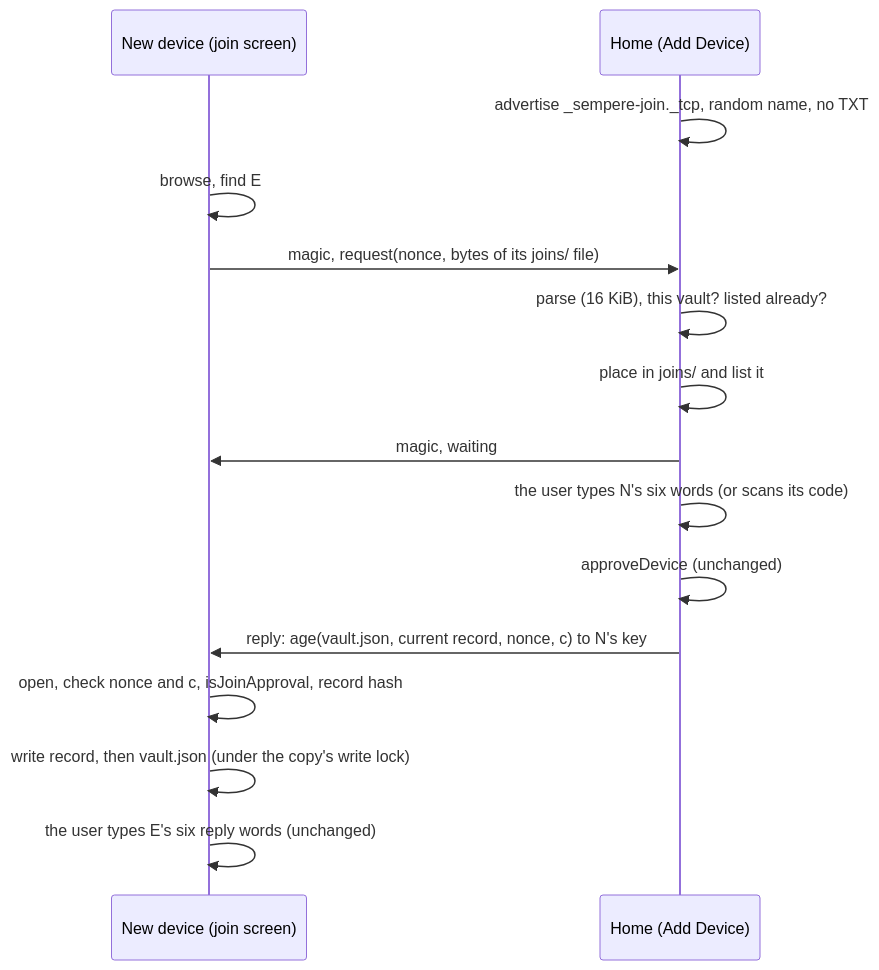
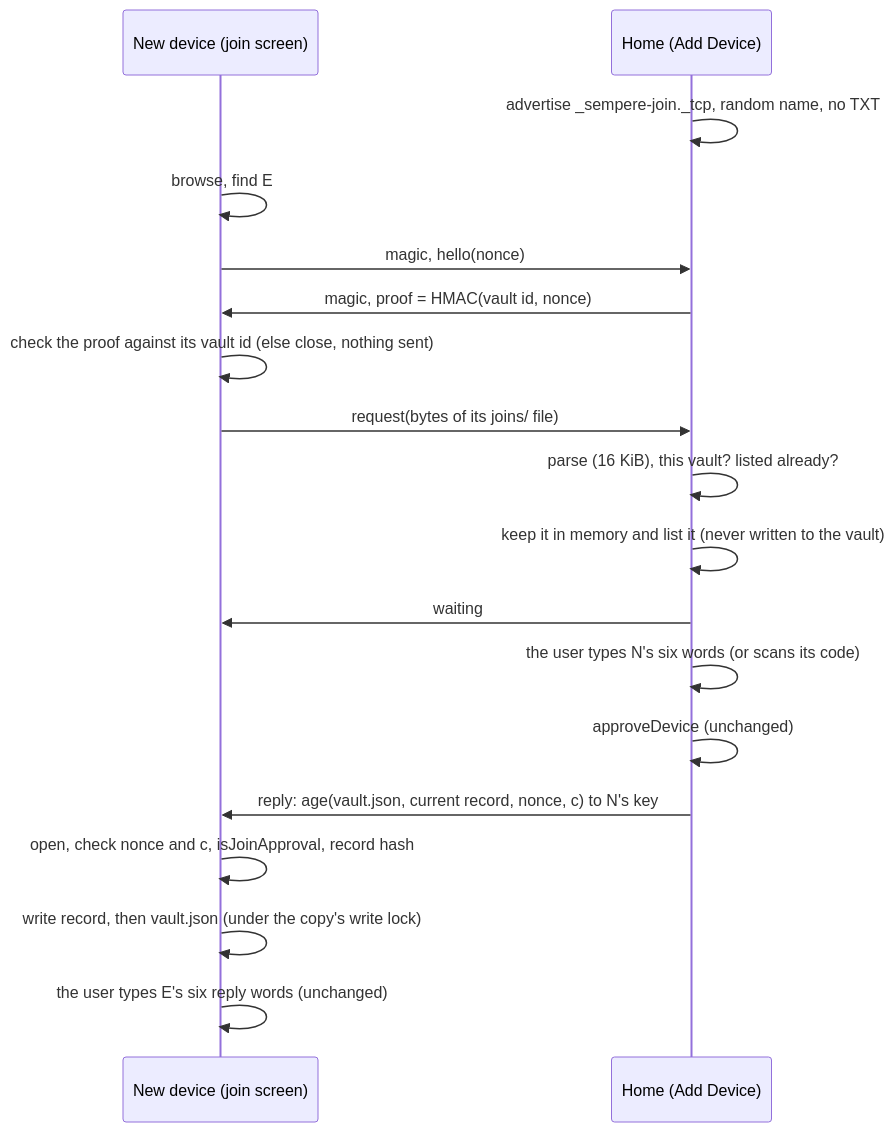
One commit to anthonytw/sempere changed the diagram in docs/design/nearby-join.md. Above: the diagram before and after it, drawn with Mermaid. The commit also changed other lines of this file and 5 other files, not shown here.

````diff
--- a/docs/design/nearby-join.md
+++ b/docs/design/nearby-join.md
@@ -38,17 +38,20 @@
 ```mermaid
 sequenceDiagram
     participant N as New device (join screen)
     participant E as Home (Add Device)
     E->>E: advertise _sempere-join._tcp, random name, no TXT
     N->>N: browse, find E
-    N->>E: magic, request(nonce, bytes of its joins/ file)
+    N->>E: magic, hello(nonce)
+    E->>N: magic, proof = HMAC(vault id, nonce)
+    N->>N: check the proof against its vault id (else close, nothing sent)
+    N->>E: request(bytes of its joins/ file)
     E->>E: parse (16 KiB), this vault? listed already?
-    E->>E: place in joins/ and list it
-    E->>N: magic, waiting
+    E->>E: keep it in memory and list it (never written to the vault)
+    E->>N: waiting
     E->>E: the user types N's six words (or scans its code)
     E->>E: approveDevice (unchanged)
     E->>N: reply: age(vault.json, current record, nonce, c) to N's key
     N->>N: open, check nonce and c, isJoinApproval, record hash
     N->>N: write record, then vault.json (under the copy's write lock)
     N->>N: the user types E's six reply words (unchanged)
 ```
````
